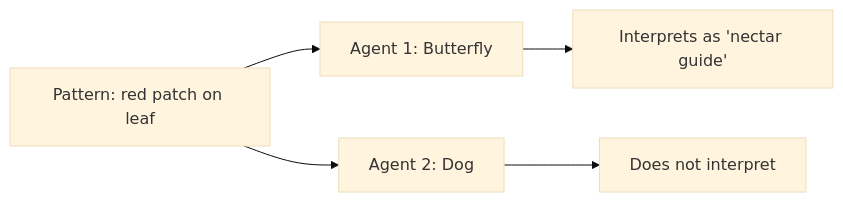
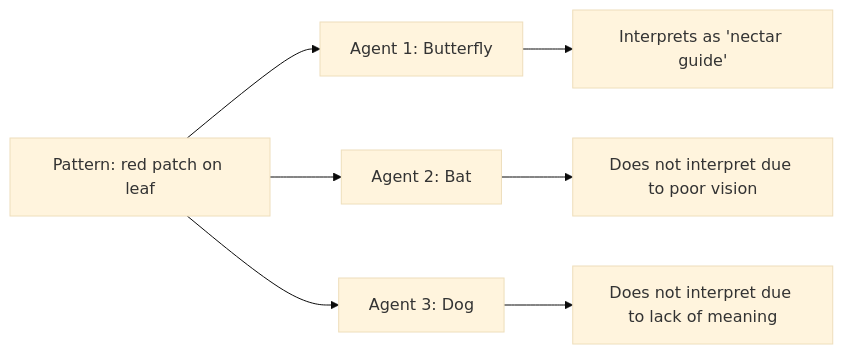
Before and after one commit to Staphylococcus/brain-from-brane: the third of 8 diagrams in docs/01-pattern-realism/1a-pathway-emergence.md, drawn with Mermaid (base theme). The commit also changed other lines of this file, not shown here.

Commit message:
Split out internal agent state in the proto-semantics diagram

````diff
--- a/docs/01-pattern-realism/1a-pathway-emergence.md
+++ b/docs/01-pattern-realism/1a-pathway-emergence.md
@@ -64,7 +64,9 @@
 ```mermaid
 flowchart LR
   P["Pattern: red patch on leaf"] --> A1["Agent 1: Butterfly"]
   A1 --> I1["Interprets as 'nectar guide'"]
-  P --> A2["Agent 2: Dog"]
-  A2 --> I2["Does not interpret"]
+  P --> A2["Agent 2: Bat"]
+  A2 --> I2["Does not interpret due to poor vision"]
+  P --> A3["Agent 3: Dog"]
+  A3 --> I3["Does not interpret due to lack of meaning"]
 ```
````
